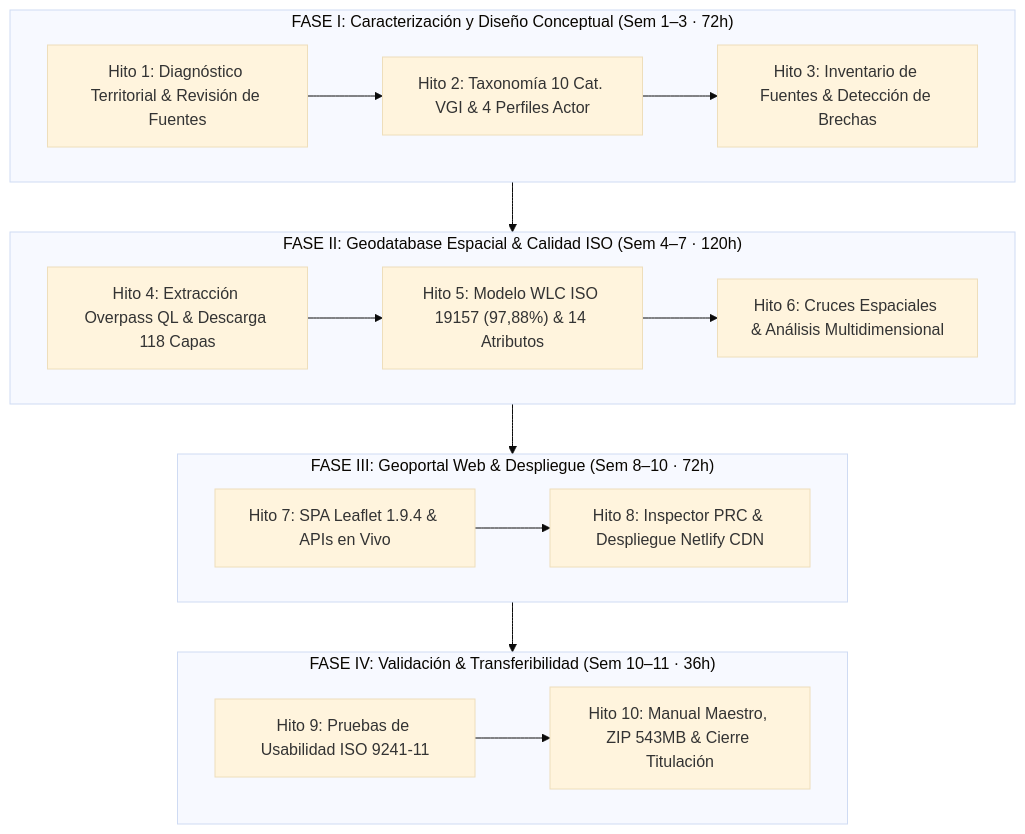
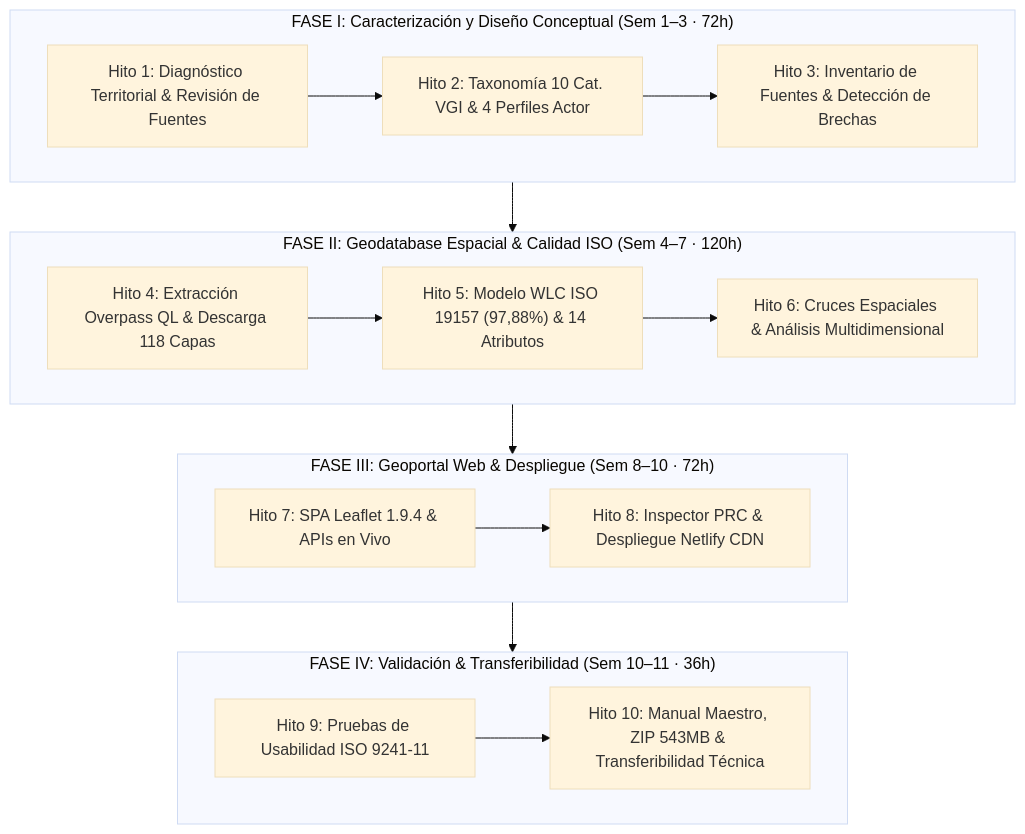
The fifth of 25 diagrams in MANUAL_ACTUALIZACION_ATLAS.md (GEOJOTA/atlas_vgi_territorial), drawn with Mermaid (base theme) before and after one commit. The commit also changed other lines of this file and 4 other files, not shown here.

````diff
--- a/MANUAL_ACTUALIZACION_ATLAS.md
+++ b/MANUAL_ACTUALIZACION_ATLAS.md
@@ -381,24 +365,24 @@
 ```mermaid
 flowchart TD
     subgraph FASE1["FASE I: Caracterización y Diseño Conceptual (Sem 1–3 · 72h)"]
         H1["Hito 1: Diagnóstico Territorial & Revisión de Fuentes"] --> H2["Hito 2: Taxonomía 10 Cat. VGI & 4 Perfiles Actor"]
         H2 --> H3["Hito 3: Inventario de Fuentes & Detección de Brechas"]
     end
 
     subgraph FASE2["FASE II: Geodatabase Espacial & Calidad ISO (Sem 4–7 · 120h)"]
         H4["Hito 4: Extracción Overpass QL & Descarga 118 Capas"] --> H5["Hito 5: Modelo WLC ISO 19157 (97,88%) & 14 Atributos"]
         H5 --> H6["Hito 6: Cruces Espaciales & Análisis Multidimensional"]
     end
 
     subgraph FASE3["FASE III: Geoportal Web & Despliegue (Sem 8–10 · 72h)"]
         H7["Hito 7: SPA Leaflet 1.9.4 & APIs en Vivo"] --> H8["Hito 8: Inspector PRC & Despliegue Netlify CDN"]
     end
 
     subgraph FASE4["FASE IV: Validación & Transferibilidad (Sem 10–11 · 36h)"]
-        H9["Hito 9: Pruebas de Usabilidad ISO 9241-11"] --> H10["Hito 10: Manual Maestro, ZIP 543MB & Cierre Titulación"]
+        H9["Hito 9: Pruebas de Usabilidad ISO 9241-11"] --> H10["Hito 10: Manual Maestro, ZIP 543MB & Transferibilidad Técnica"]
     end
 
     FASE1 --> FASE2
     FASE2 --> FASE3
     FASE3 --> FASE4
 ```
````
